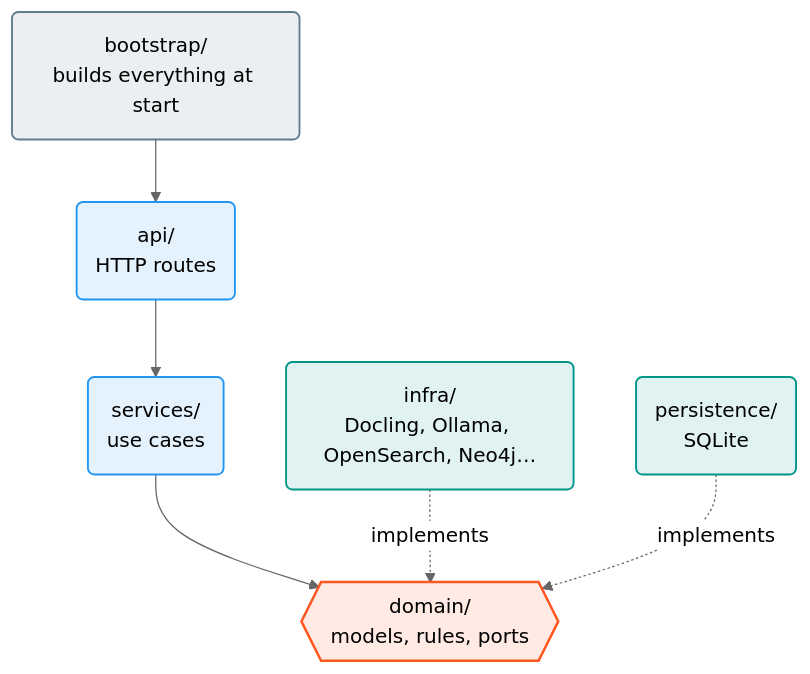
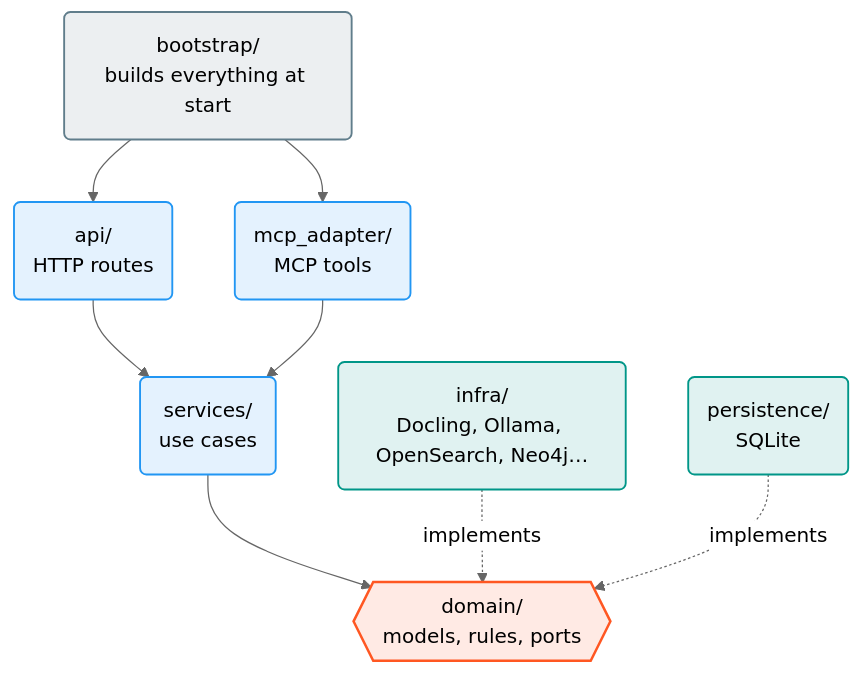
The second of 3 diagrams in docs/architecture.md (scub-france/docling-Studio), drawn with Mermaid (neutral theme) before and after one commit. The commit also changed other lines of this file and 6 other files, not shown here.

````diff
--- a/docs/architecture.md
+++ b/docs/architecture.md
@@ -45,17 +46,19 @@
 ```mermaid
 flowchart TB
     Bootstrap("bootstrap/<br/>builds everything at start") --> API("api/<br/>HTTP routes")
+    Bootstrap --> MCP("mcp_adapter/<br/>MCP tools")
     API --> Services("services/<br/>use cases")
+    MCP --> Services
     Services --> Domain{{"domain/<br/>models, rules, ports"}}
     Infra("infra/<br/>Docling, Ollama, OpenSearch, Neo4j…") -.->|implements| Domain
     Persistence("persistence/<br/>SQLite") -.->|implements| Domain
 
     classDef grey fill:#607D8B1F,stroke:#607D8B,stroke-width:1.5px
     classDef blue fill:#2196F31F,stroke:#2196F3,stroke-width:1.5px
     classDef orange fill:#FF57221F,stroke:#FF5722,stroke-width:2px
     classDef teal fill:#0096881F,stroke:#009688,stroke-width:1.5px
     class Bootstrap grey
-    class API,Services blue
+    class API,MCP,Services blue
     class Domain orange
     class Infra,Persistence teal
 ```
````
